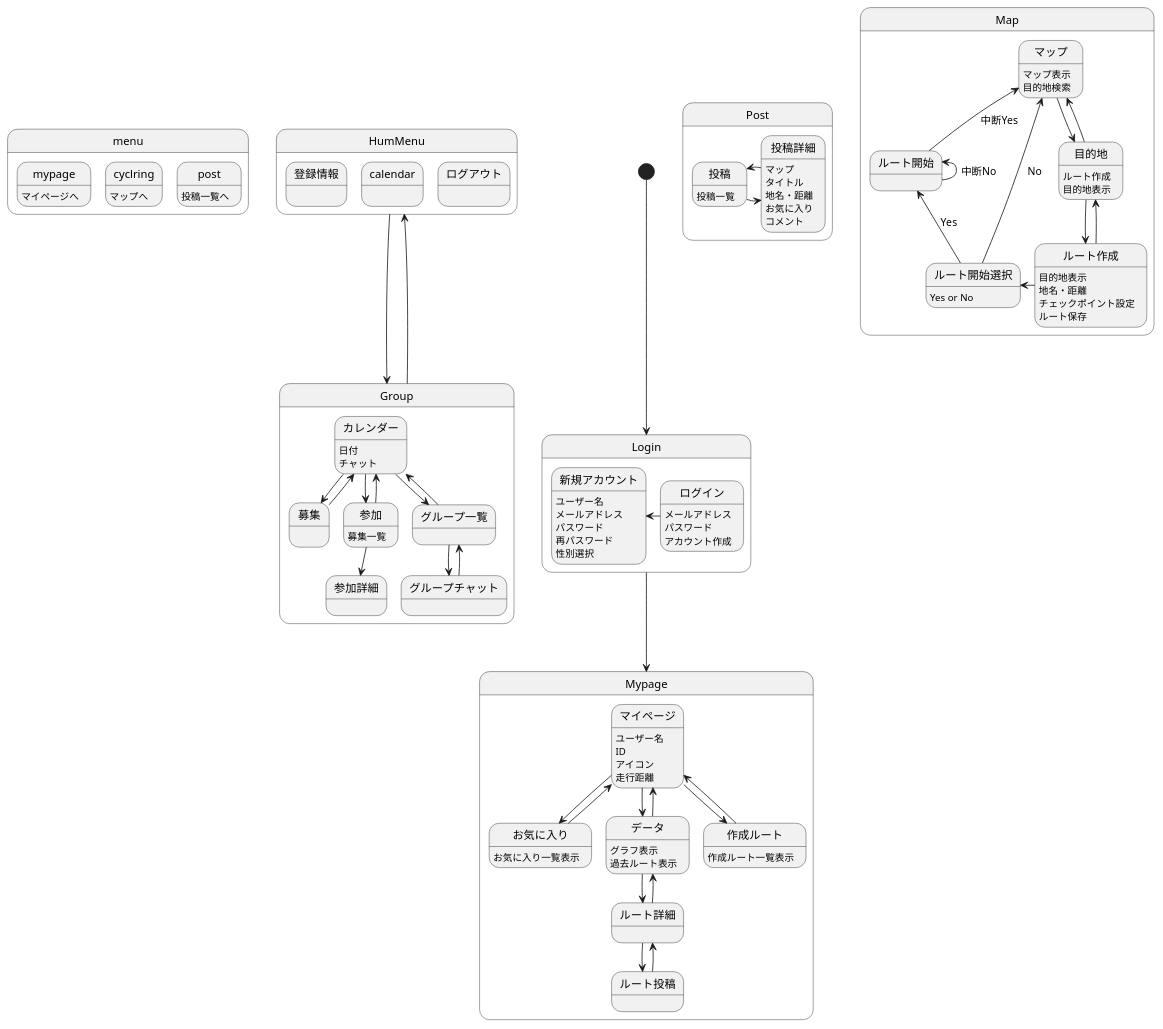
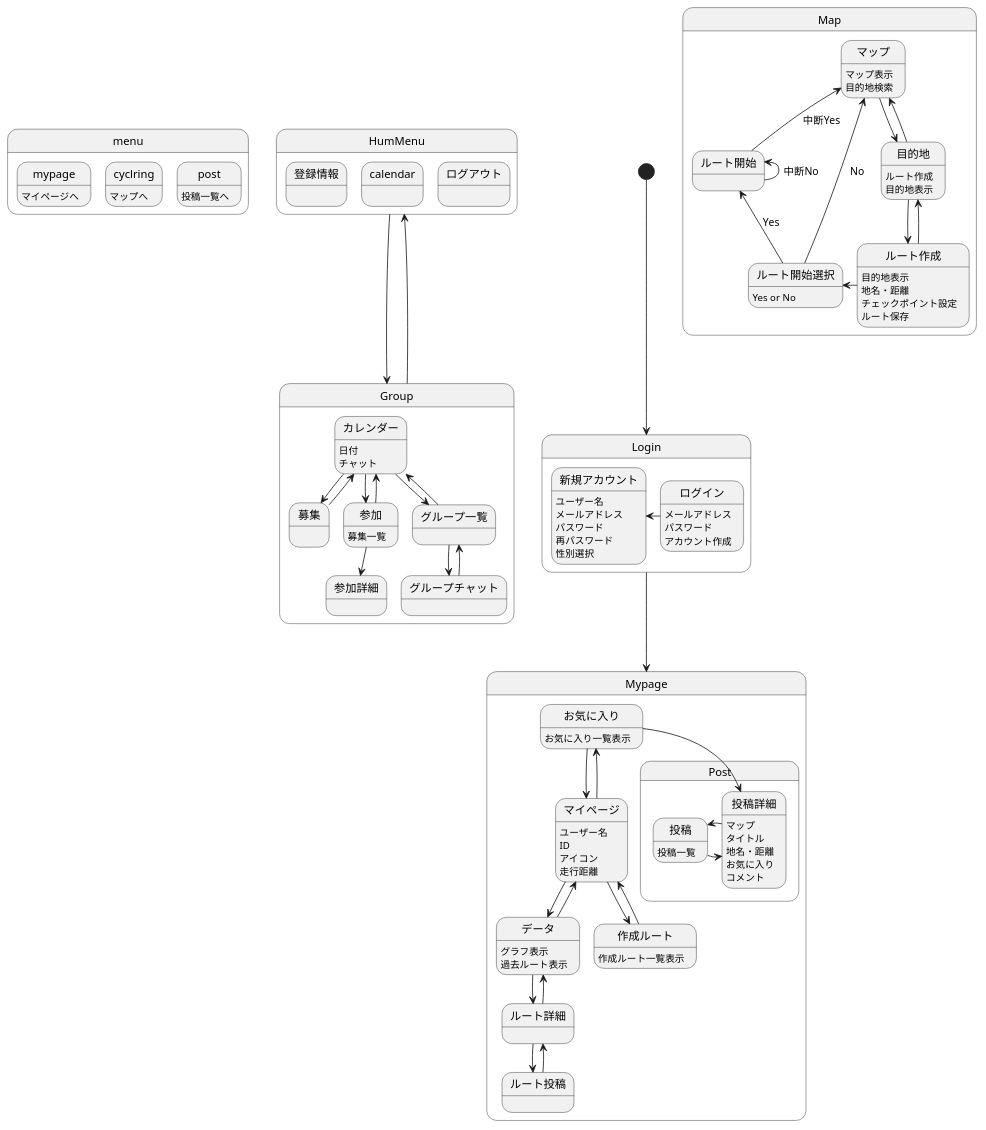
One commit to AsoSD3A3/CyclingSystem changed the diagram in 画面遷移図/gm.md. Above: the diagram before and after it, drawn with PlantUML.

```diff
--- a/画面遷移図/gm.md
+++ b/画面遷移図/gm.md
@@ -66,7 +66,6 @@
 データ:グラフ表示
 データ:過去ルート表示
 作成ルート:作成ルート一覧表示
-}
 
 state Post{
 
@@ -79,6 +78,10 @@
 投稿詳細:お気に入り
 投稿詳細:コメント
 }
+お気に入り-down->投稿詳細
+}
+
+
 
 state Map{
 
```
